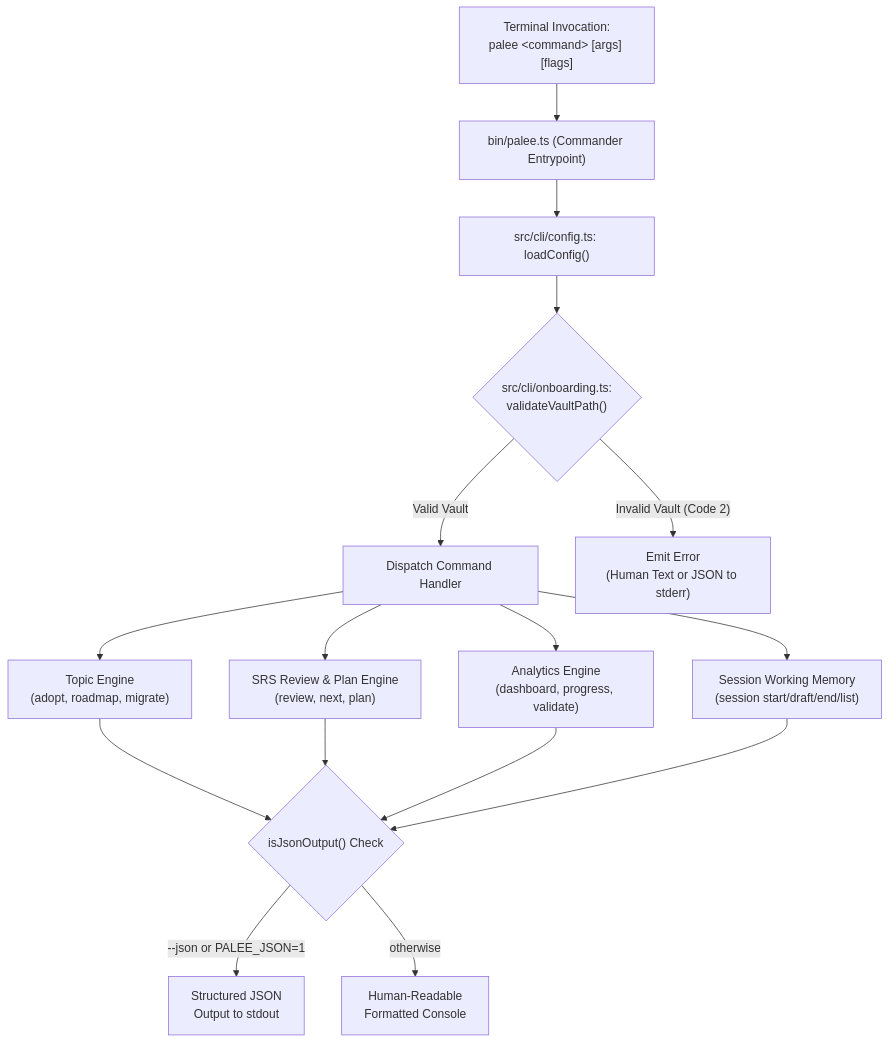
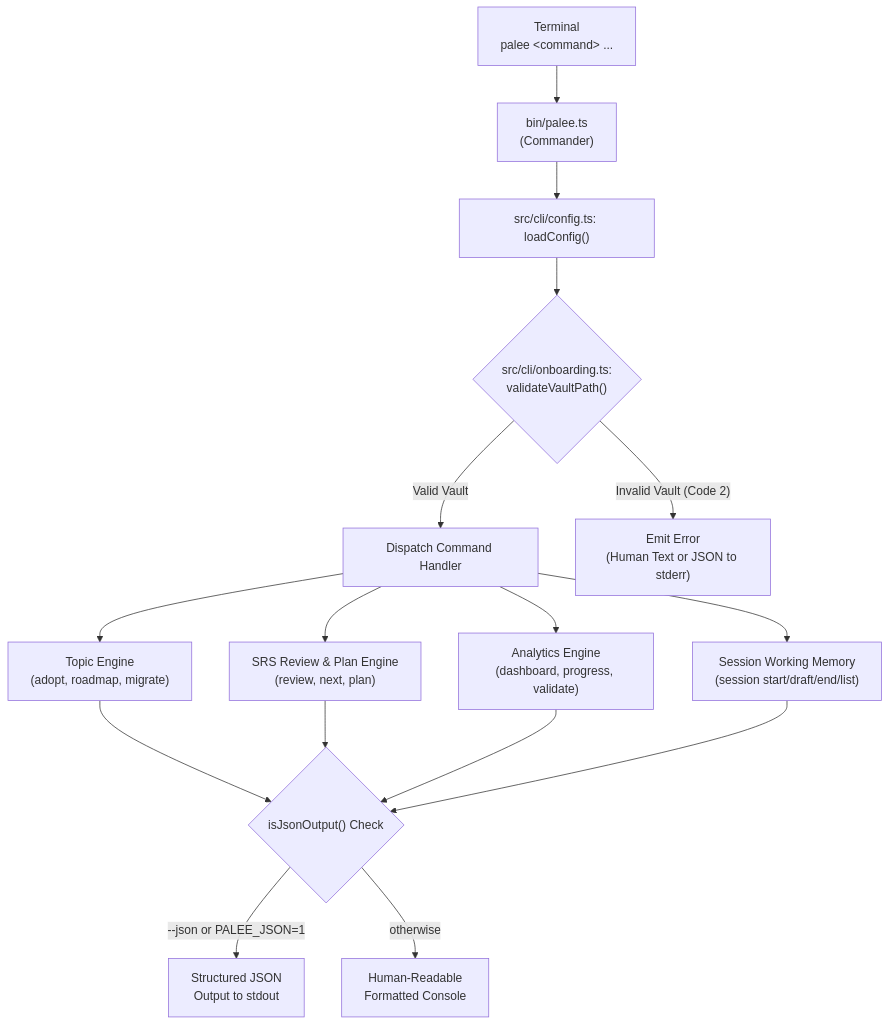
Before and after one commit to Kuldeep2822k/cli: the diagram in docs/02-0-cli-commands.md, drawn with Mermaid. The commit also changed other lines of this file and 77 other files, not shown here.

````diff
--- a/docs/02-0-cli-commands.md
+++ b/docs/02-0-cli-commands.md
@@ -42,18 +46,18 @@
 ```mermaid
 flowchart TD
-    User["Terminal Invocation:<br/>palee &lt;command&gt; [args] [flags]"] --> Entry["bin/palee.ts (Commander Entrypoint)"]
+    User["Terminal<br/>palee &lt;command&gt; ..."] --> Entry["bin/palee.ts<br/>(Commander)"]
     Entry --> LoadCfg["src/cli/config.ts: loadConfig()"]
     LoadCfg --> ValidVault{"src/cli/onboarding.ts:<br/>validateVaultPath()"}
     
     ValidVault -->|"Valid Vault"| Dispatcher["Dispatch Command Handler"]
     ValidVault -->|"Invalid Vault (Code 2)"| ErrVault["Emit Error<br/>(Human Text or JSON to stderr)"]
     
     Dispatcher --> TopEng["Topic Engine<br/>(adopt, roadmap, migrate)"]
     Dispatcher --> SrsEng["SRS Review & Plan Engine<br/>(review, next, plan)"]
     Dispatcher --> RepEng["Analytics Engine<br/>(dashboard, progress, validate)"]
     Dispatcher --> SessEng["Session Working Memory<br/>(session start/draft/end/list)"]
     
     TopEng & SrsEng & RepEng & SessEng --> OutCheck{"isJsonOutput() Check"}
     OutCheck -->|"--json or PALEE_JSON=1"| JsonOut["Structured JSON<br/>Output to stdout"]
     OutCheck -->|"otherwise"| TTYOut["Human-Readable<br/>Formatted Console"]
 ```
````
